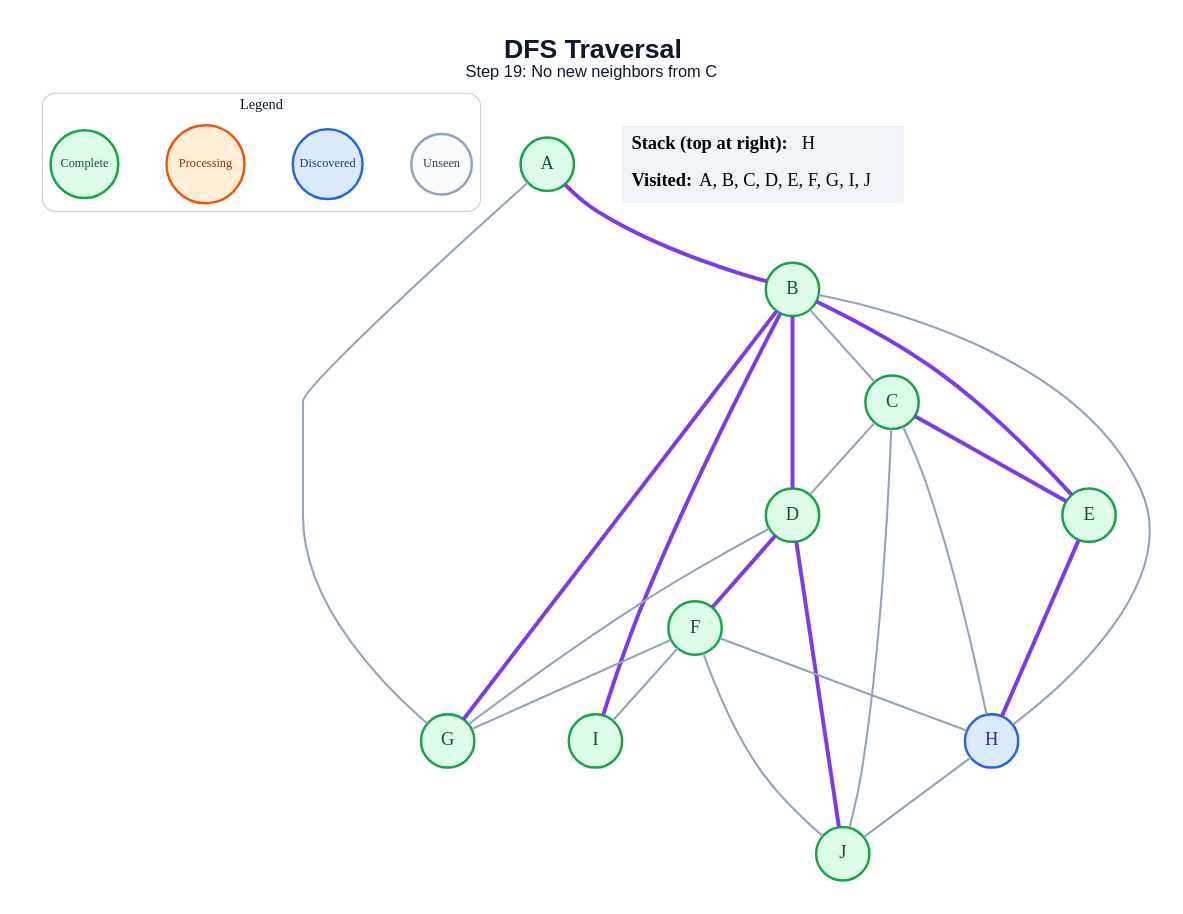
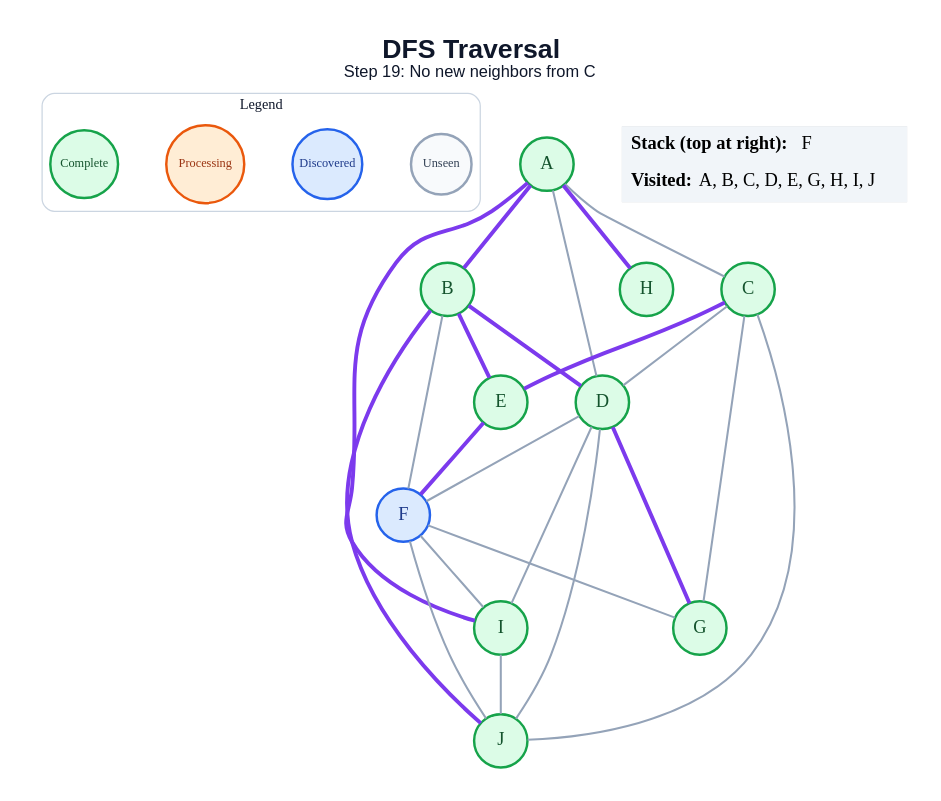
The diagram in generated/specific-node/dfs/step_19.dot (anon7238593-create/ai-slop), drawn with Graphviz before and after one commit. The commit also changed 171 other files, not shown here.

```diff
--- a/generated/specific-node/dfs/step_19.dot
+++ b/generated/specific-node/dfs/step_19.dot
@@ -1,50 +1,51 @@
 graph traversal {
   graph [layout=dot, rankdir=TB, bgcolor="#FFFFFF", pad="0.35", nodesep="0.65", ranksep="0.8", fontname="Arial"];
   node [shape=circle, style="filled", fontname="Arial Bold", fontsize=18, width=0.72, fixedsize=true, penwidth=2.4];
   edge [color="#94A3B8", penwidth=2.0];
   label=<<B>DFS Traversal</B><BR/><FONT POINT-SIZE="16">Step 19: No new neighbors from C</FONT>>; labelloc="t"; fontsize=26; fontname="Arial"; fontcolor="#0F172A";
   subgraph cluster_legend { label="Legend"; color="#CBD5E1"; penwidth=1.2; style="rounded"; fontsize=14; fontname="Arial Bold";
     key_unseen [label="Unseen", fillcolor="#F8FAFC", color="#94A3B8", fontcolor="#334155", fontsize=12, width=0.82];
     key_frontier [label="Discovered", fillcolor="#DBEAFE", color="#2563EB", fontcolor="#1E3A8A", fontsize=12, width=0.95];
     key_current [label="Processing", fillcolor="#FFEDD5", color="#EA580C", fontcolor="#9A3412", fontsize=12, width=1.05];
     key_done [label="Complete", fillcolor="#DCFCE7", color="#16A34A", fontcolor="#14532D", fontsize=12, width=0.92];
     { rank=same; key_unseen; key_frontier; key_current; key_done; }
   }
   A [fillcolor="#DCFCE7", color="#16A34A", fontcolor="#14532D"];
   B [fillcolor="#DCFCE7", color="#16A34A", fontcolor="#14532D"];
   C [fillcolor="#DCFCE7", color="#16A34A", fontcolor="#14532D"];
   D [fillcolor="#DCFCE7", color="#16A34A", fontcolor="#14532D"];
   E [fillcolor="#DCFCE7", color="#16A34A", fontcolor="#14532D"];
-  F [fillcolor="#DCFCE7", color="#16A34A", fontcolor="#14532D"];
+  F [fillcolor="#DBEAFE", color="#2563EB", fontcolor="#1E3A8A"];
   G [fillcolor="#DCFCE7", color="#16A34A", fontcolor="#14532D"];
-  H [fillcolor="#DBEAFE", color="#2563EB", fontcolor="#1E3A8A"];
+  H [fillcolor="#DCFCE7", color="#16A34A", fontcolor="#14532D"];
   I [fillcolor="#DCFCE7", color="#16A34A", fontcolor="#14532D"];
   J [fillcolor="#DCFCE7", color="#16A34A", fontcolor="#14532D"];
   A -- B [color="#7C3AED", penwidth=3.8];
-  A -- G;
-  B -- C;
+  A -- C;
+  A -- D;
+  A -- H [color="#7C3AED", penwidth=3.8];
+  A -- I [color="#7C3AED", penwidth=3.8];
   B -- D [color="#7C3AED", penwidth=3.8];
   B -- E [color="#7C3AED", penwidth=3.8];
-  B -- G [color="#7C3AED", penwidth=3.8];
-  B -- H;
-  B -- I [color="#7C3AED", penwidth=3.8];
+  B -- F;
+  B -- J [color="#7C3AED", penwidth=3.8];
   C -- D;
   C -- E [color="#7C3AED", penwidth=3.8];
-  C -- H;
+  C -- G;
   C -- J;
-  D -- F [color="#7C3AED", penwidth=3.8];
-  D -- G;
-  D -- J [color="#7C3AED", penwidth=3.8];
-  E -- H [color="#7C3AED", penwidth=3.8];
+  D -- F;
+  D -- G [color="#7C3AED", penwidth=3.8];
+  D -- I;
+  D -- J;
+  E -- F [color="#7C3AED", penwidth=3.8];
   F -- G;
-  F -- H;
   F -- I;
   F -- J;
-  H -- J;
+  I -- J;
   status [shape=plain, fixedsize=false, width=0, height=0, margin=0, label=<
     <TABLE BORDER="0" CELLBORDER="0" CELLPADDING="7" BGCOLOR="#F1F5F9">
-      <TR><TD ALIGN="LEFT"><B>Stack (top at right):</B> H</TD></TR>
-      <TR><TD ALIGN="LEFT"><B>Visited:</B> A, B, C, D, E, F, G, I, J</TD></TR>
+      <TR><TD ALIGN="LEFT"><B>Stack (top at right):</B> F</TD></TR>
+      <TR><TD ALIGN="LEFT"><B>Visited:</B> A, B, C, D, E, G, H, I, J</TD></TR>
     </TABLE>
   >];
 }
```
